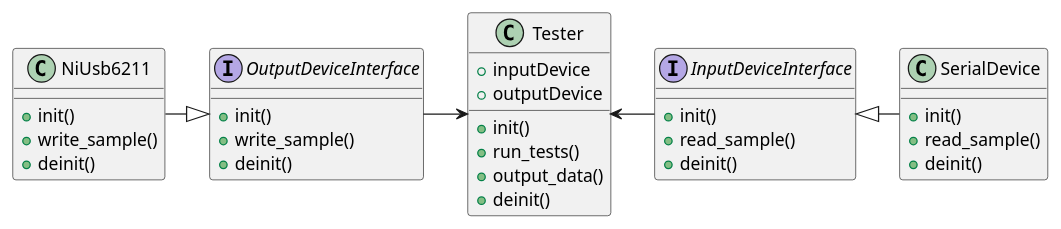
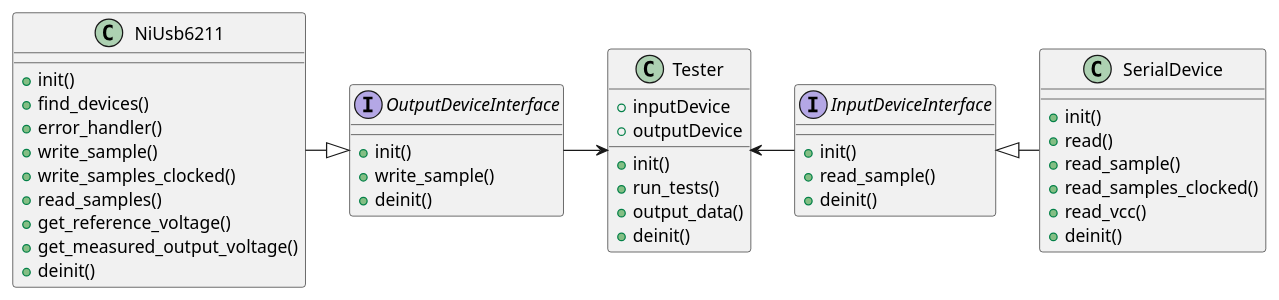
The diagram in docs/diagrams/src/class_diagram.wsd (Jyrijoul/arduino-adc-tester), drawn with PlantUML before and after one commit. The commit also changed 1 other file, not shown here.

Commit message:
Update class diagram

```diff
--- a/docs/diagrams/src/class_diagram.wsd
+++ b/docs/diagrams/src/class_diagram.wsd
@@ -1,44 +1,53 @@
 @startuml tester
 
 ' Interfaces/classes
 interface OutputDeviceInterface {
     + init()
     + write_sample()
     + deinit()
 }
 
 class NiUsb6211 {
     + init()
+    + find_devices()
+    + error_handler()
     + write_sample()
+    + write_samples_clocked()
+    + read_samples()
+    + get_reference_voltage()
+    + get_measured_output_voltage()
     + deinit()
 }
 
 interface InputDeviceInterface {
     + init()
     + read_sample()
     + deinit()
 }
 
 class SerialDevice {
     + init()
+    + read()
     + read_sample()
+    + read_samples_clocked()
+    + read_vcc()
     + deinit()
 }
 
 class Tester {
     + inputDevice
     + outputDevice
     + init()
     + run_tests()
     + output_data()
     + deinit()
 }
 
 '  Relations
 OutputDeviceInterface <|-left- NiUsb6211
 InputDeviceInterface <|-right- SerialDevice
 
 Tester <-left- OutputDeviceInterface
 Tester <-right- InputDeviceInterface
 
 @enduml
```
